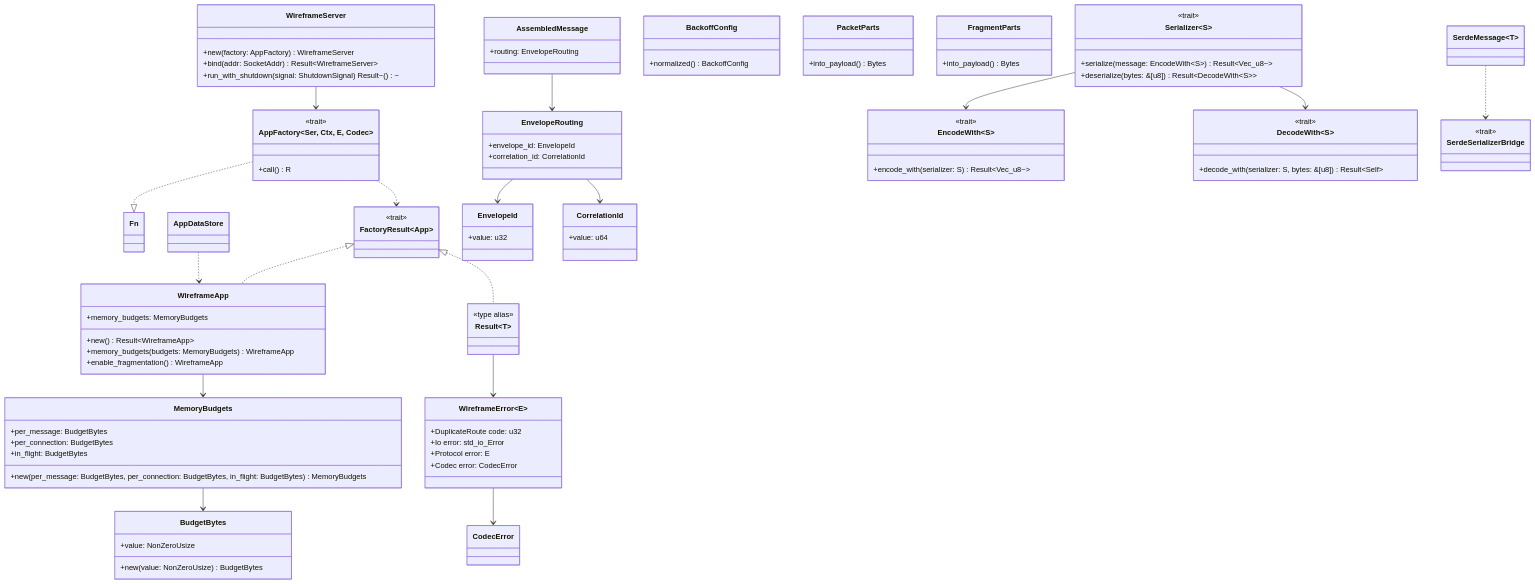
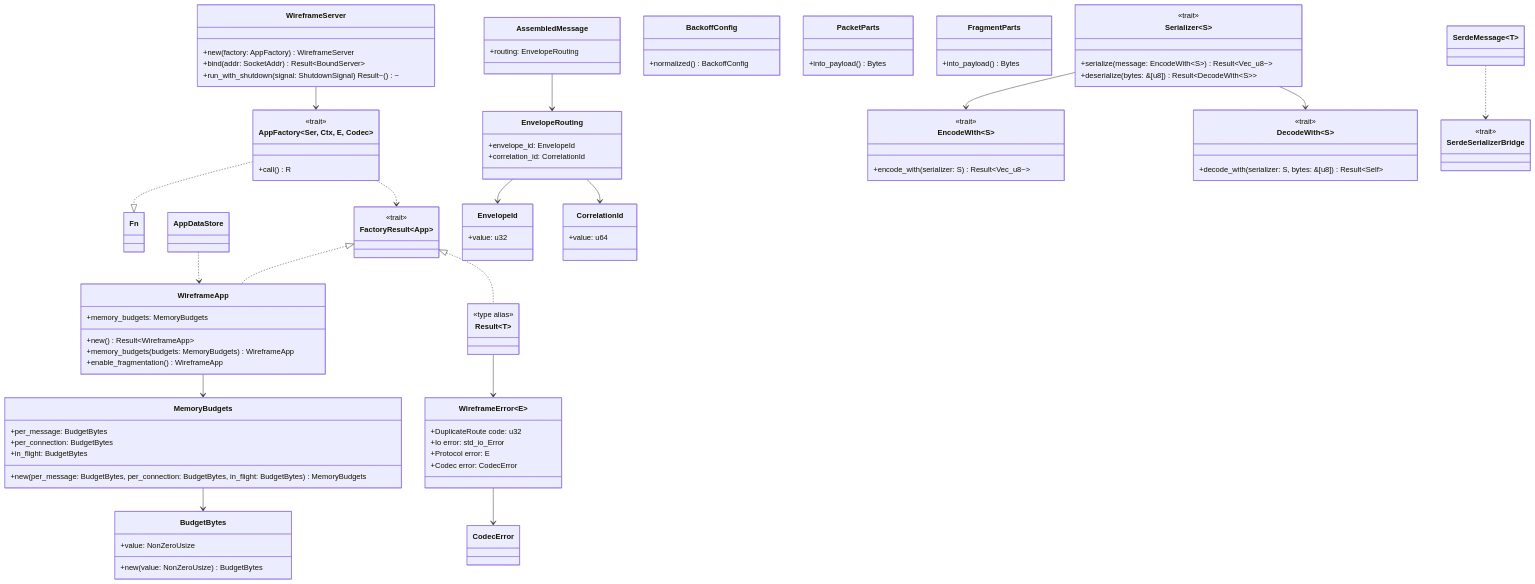
Before and after one commit to leynos/wireframe: the first of 6 diagrams in docs/v0-2-0-to-v0-3-0-migration-guide.md, drawn with Mermaid. The commit also changed other lines of this file, not shown here.

First line of the commit message:
Fix WireframeServer::bind return type and factory example syntax

```diff
--- a/docs/v0-2-0-to-v0-3-0-migration-guide.md
+++ b/docs/v0-2-0-to-v0-3-0-migration-guide.md
@@ -76,7 +76,7 @@
 
     class WireframeServer {
         +new(factory: AppFactory) WireframeServer
-        +bind(addr: SocketAddr) Result~WireframeServer~
+        +bind(addr: SocketAddr) Result~BoundServer~
         +run_with_shutdown(signal: ShutdownSignal) Result~()~
     }
 
```
